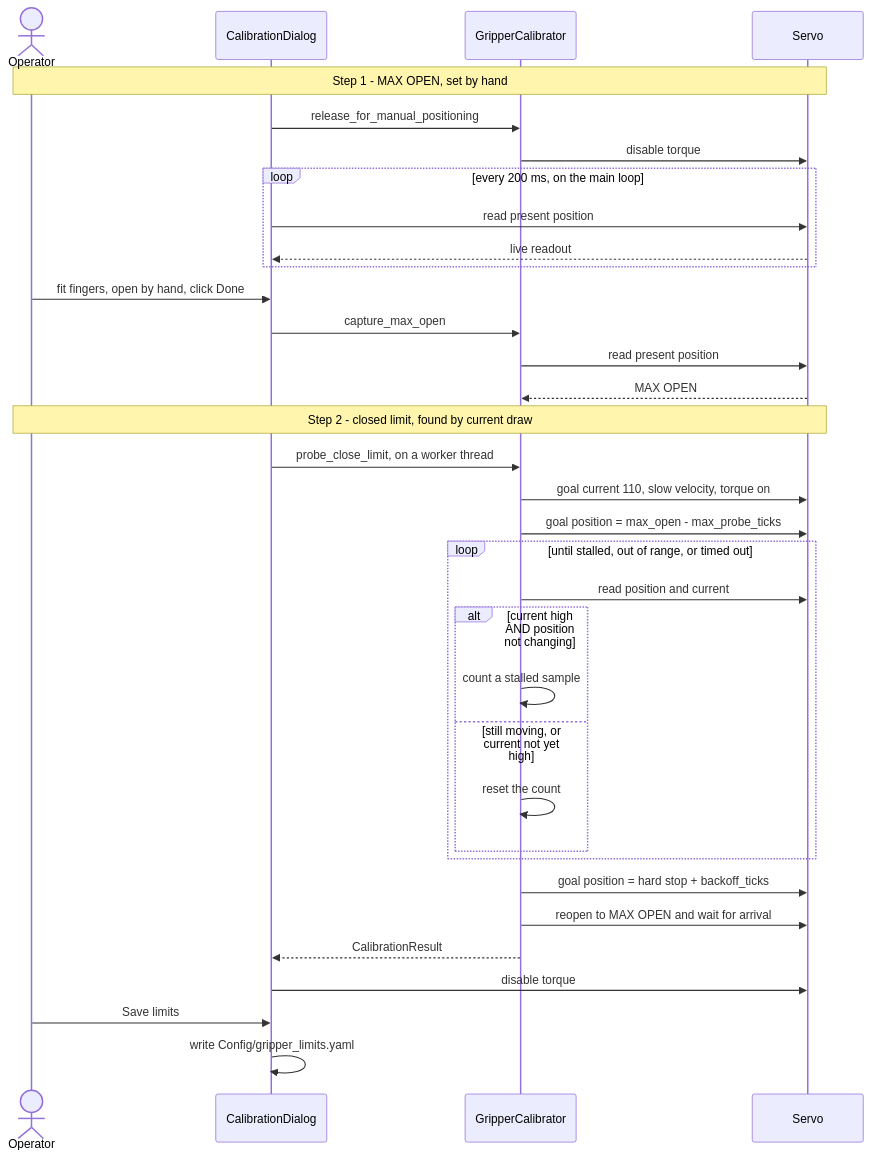
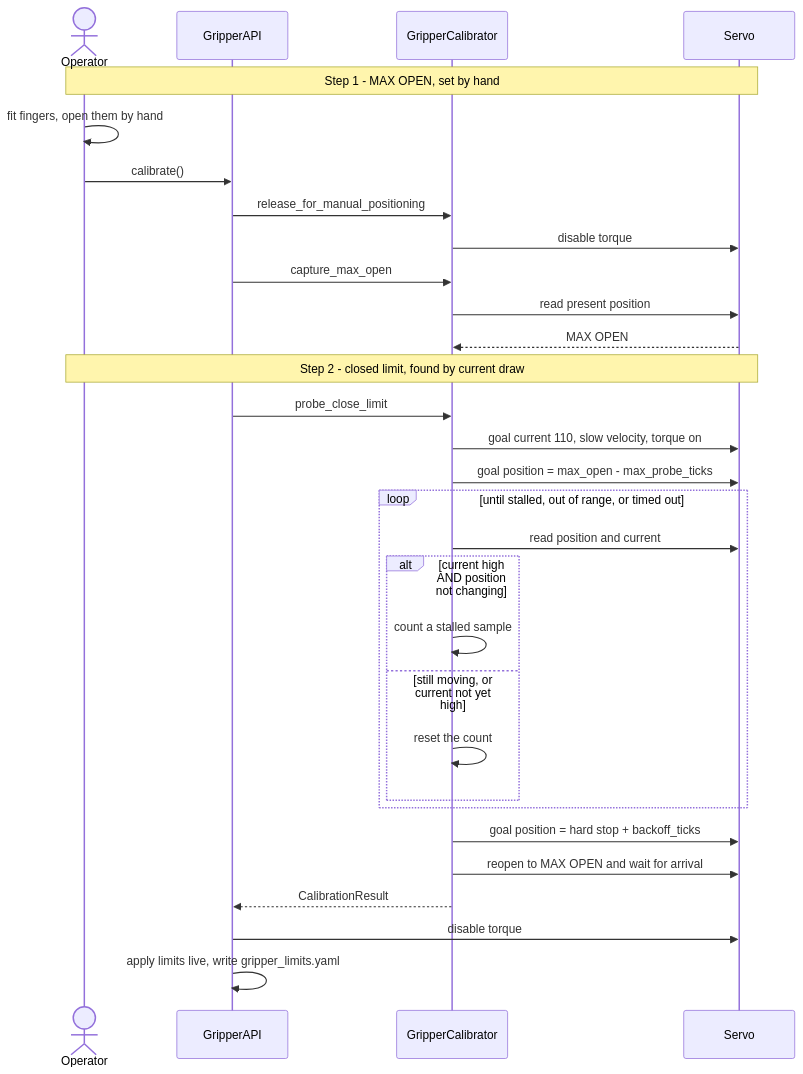
One commit to MrRox1337/GripSense changed the third of 5 diagrams in README.md. Above: the diagram before and after it, drawn with Mermaid. The commit also changed other lines of this file, not shown here.

````diff
--- a/README.md
+++ b/README.md
@@ -351,40 +220,36 @@
 ```mermaid
 sequenceDiagram
     actor Op as Operator
-    participant D as CalibrationDialog
+    participant A as GripperAPI
     participant C as GripperCalibrator
     participant S as Servo
 
     Note over Op,S: Step 1 - MAX OPEN, set by hand
-    D->>C: release_for_manual_positioning
+    Op->>Op: fit fingers, open them by hand
+    Op->>A: calibrate()
+    A->>C: release_for_manual_positioning
     C->>S: disable torque
-    loop every 200 ms, on the main loop
-        D->>S: read present position
-        S-->>D: live readout
-    end
-    Op->>D: fit fingers, open by hand, click Done
-    D->>C: capture_max_open
+    A->>C: capture_max_open
     C->>S: read present position
     S-->>C: MAX OPEN
 
     Note over Op,S: Step 2 - closed limit, found by current draw
-    D->>C: probe_close_limit, on a worker thread
+    A->>C: probe_close_limit
     C->>S: goal current 110, slow velocity, torque on
     C->>S: goal position = max_open - max_probe_ticks
 
     loop until stalled, out of range, or timed out
         C->>S: read position and current
         alt current high AND position not changing
             C->>C: count a stalled sample
         else still moving, or current not yet high
             C->>C: reset the count
         end
     end
 
     C->>S: goal position = hard stop + backoff_ticks
     C->>S: reopen to MAX OPEN and wait for arrival
-    C-->>D: CalibrationResult
-    D->>S: disable torque
-    Op->>D: Save limits
-    D->>D: write Config/gripper_limits.yaml
+    C-->>A: CalibrationResult
+    A->>S: disable torque
+    A->>A: apply limits live, write gripper_limits.yaml
 ```
````
